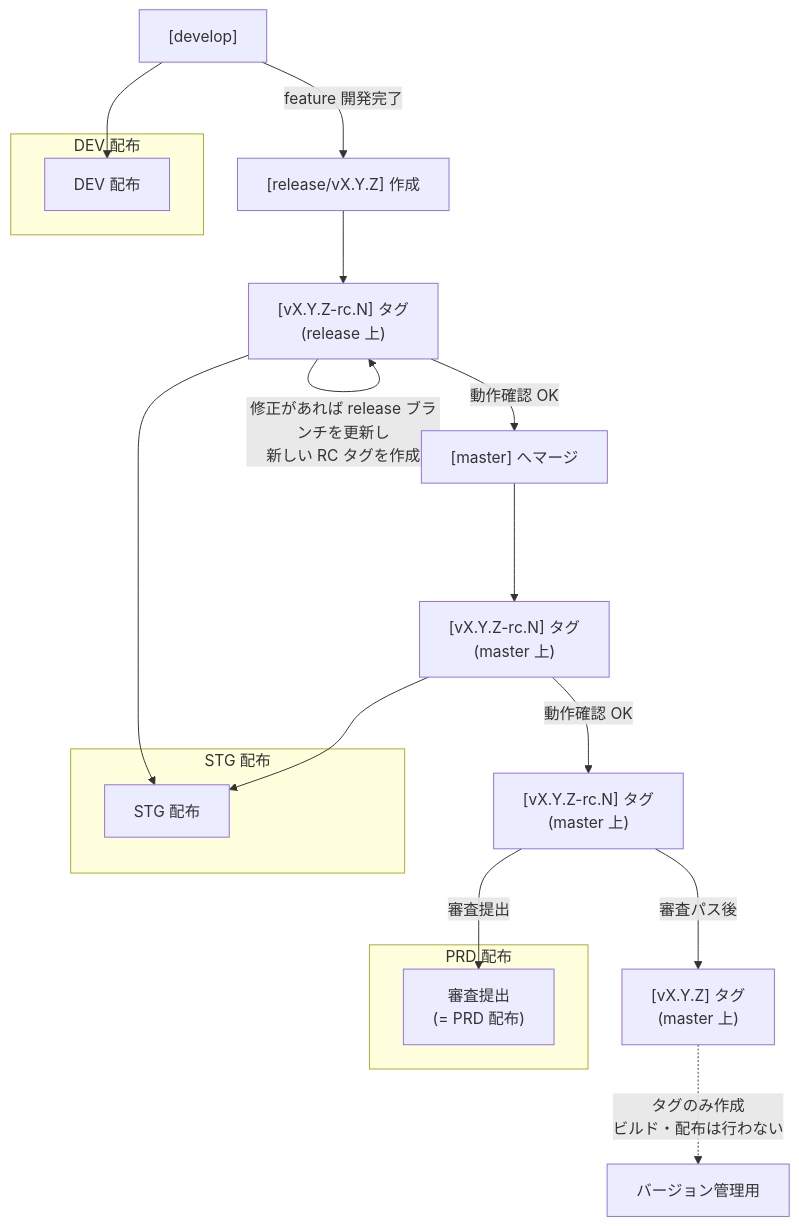
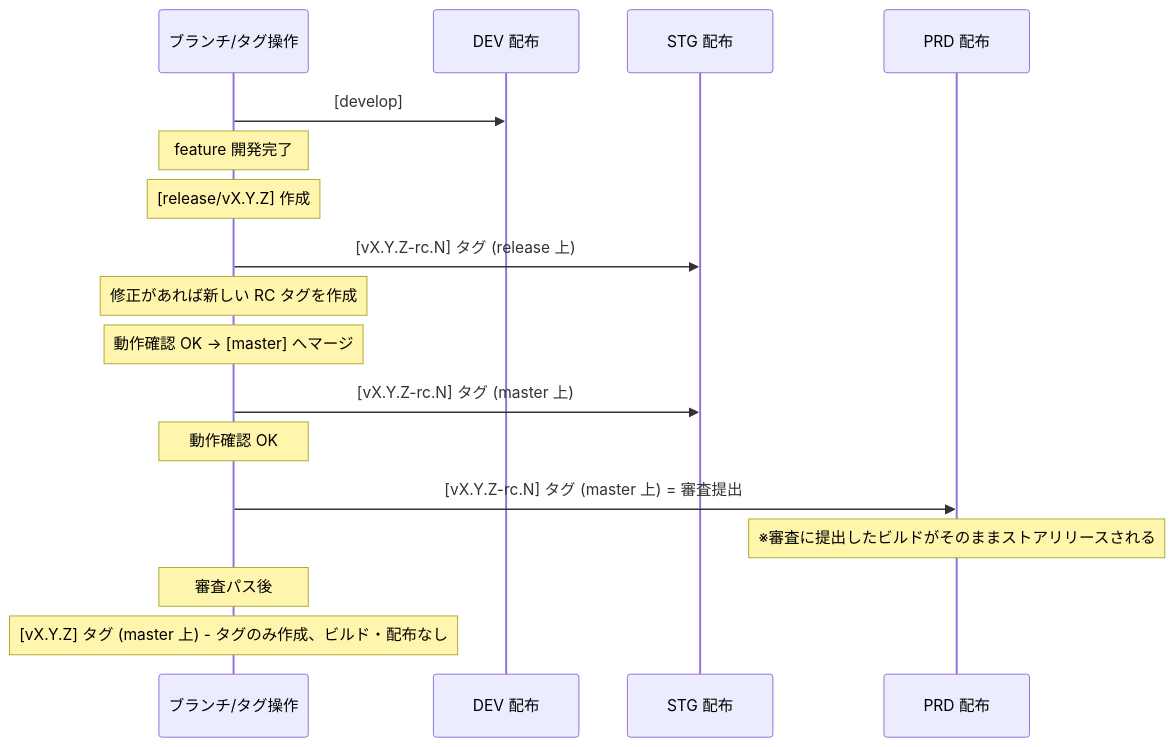
The second of 2 diagrams in docs/deployment-strategy.md (raysihto-d250311a/ops-guides-ja), drawn with Mermaid before and after one commit. The commit also changed other lines of this file, not shown here.

Commit message:
docs: use Mermaid sequence diagram for deployment flow

````diff
--- a/docs/deployment-strategy.md
+++ b/docs/deployment-strategy.md
@@ -186,27 +178,20 @@
 ```mermaid
-flowchart TB
-    subgraph DEV["DEV 配布"]
-        DEV_DIST["DEV 配布"]
-    end
+sequenceDiagram
+    participant Flow as ブランチ/タグ操作
+    participant DEV as DEV 配布
+    participant STG as STG 配布
+    participant PRD as PRD 配布
 
-    subgraph STG["STG 配布"]
-        STG_DIST["STG 配布"]
-    end
-
-    subgraph PRD["PRD 配布"]
-        REVIEW["審査提出\n(= PRD 配布)"]
-    end
-
-    develop["[develop]"] --> DEV_DIST
-    develop -->|feature 開発完了| release["[release/vX.Y.Z] 作成"]
-    release --> rc_release["[vX.Y.Z-rc.N] タグ\n(release 上)"]
-    rc_release --> STG_DIST
-    rc_release -->|修正があれば release ブランチを更新し\n新しい RC タグを作成| rc_release
-    rc_release -->|動作確認 OK| merge_master["[master] へマージ"]
-    merge_master --> rc_master["[vX.Y.Z-rc.N] タグ\n(master 上)"]
-    rc_master --> STG_DIST
-    rc_master -->|動作確認 OK| review_submit["[vX.Y.Z-rc.N] タグ\n(master 上)"]
-    review_submit -->|審査提出| REVIEW
-    review_submit -->|審査パス後| tag_release["[vX.Y.Z] タグ\n(master 上)"]
-    tag_release -.->|タグのみ作成\nビルド・配布は行わない| tag_only["バージョン管理用"]
+    Flow->>DEV: [develop]
+    Note over Flow: feature 開発完了
+    Note over Flow: [release/vX.Y.Z] 作成
+    Flow->>STG: [vX.Y.Z-rc.N] タグ (release 上)
+    Note over Flow: 修正があれば新しい RC タグを作成
+    Note over Flow: 動作確認 OK → [master] へマージ
+    Flow->>STG: [vX.Y.Z-rc.N] タグ (master 上)
+    Note over Flow: 動作確認 OK
+    Flow->>PRD: [vX.Y.Z-rc.N] タグ (master 上) = 審査提出
+    Note over PRD: ※審査に提出したビルドがそのままストアリリースされる
+    Note over Flow: 審査パス後
+    Note over Flow: [vX.Y.Z] タグ (master 上) - タグのみ作成、ビルド・配布なし
 ```
````
